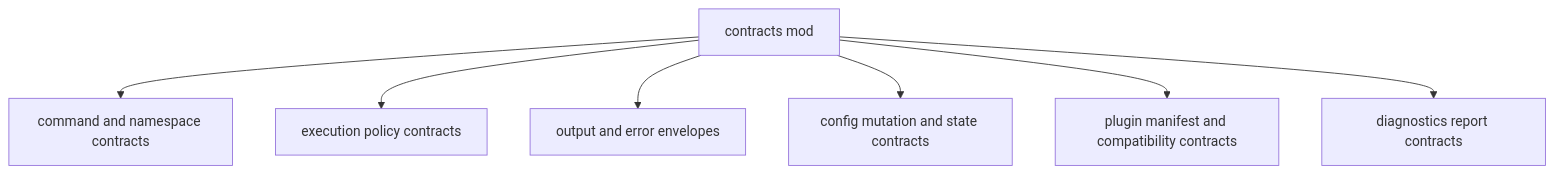
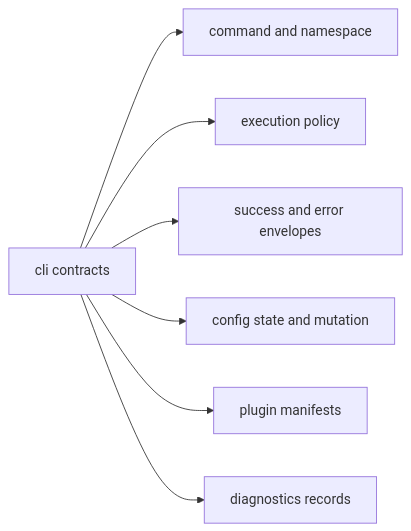
One commit to bijux/bijux-cli changed the diagram in docs/bijux-cli/interfaces/data-contracts.md. Above: the diagram before and after it, drawn with Mermaid. The commit also changed other lines of this file, not shown here.

Commit message:
docs(cli-interfaces): clarify the data contracts

````diff
--- a/docs/bijux-cli/interfaces/data-contracts.md
+++ b/docs/bijux-cli/interfaces/data-contracts.md
@@ -17,9 +20,9 @@
 ```mermaid
-flowchart TD
-    contracts["contracts mod"] --> command["command and namespace contracts"]
-    contracts --> execution["execution policy contracts"]
-    contracts --> envelope["output and error envelopes"]
-    contracts --> config["config mutation and state contracts"]
-    contracts --> plugin["plugin manifest and compatibility contracts"]
-    contracts --> diagnostics["diagnostics report contracts"]
+flowchart LR
+    contracts["cli contracts"] --> command["command and namespace"]
+    contracts --> execution["execution policy"]
+    contracts --> envelope["success and error envelopes"]
+    contracts --> config["config state and mutation"]
+    contracts --> plugin["plugin manifests"]
+    contracts --> diagnostics["diagnostics records"]
 ```
````
